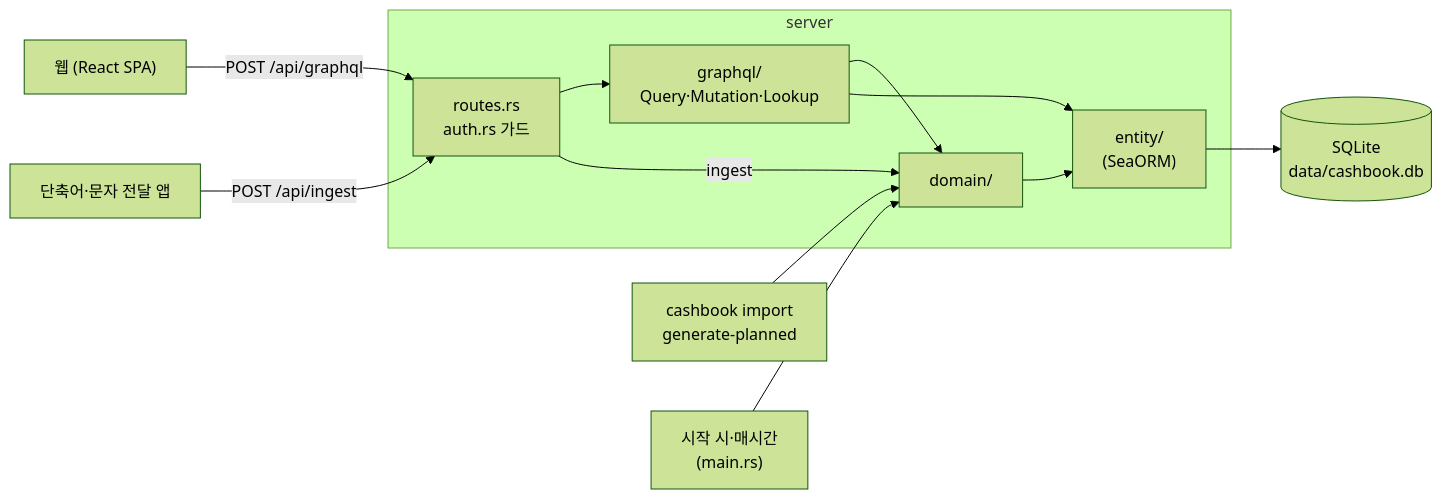
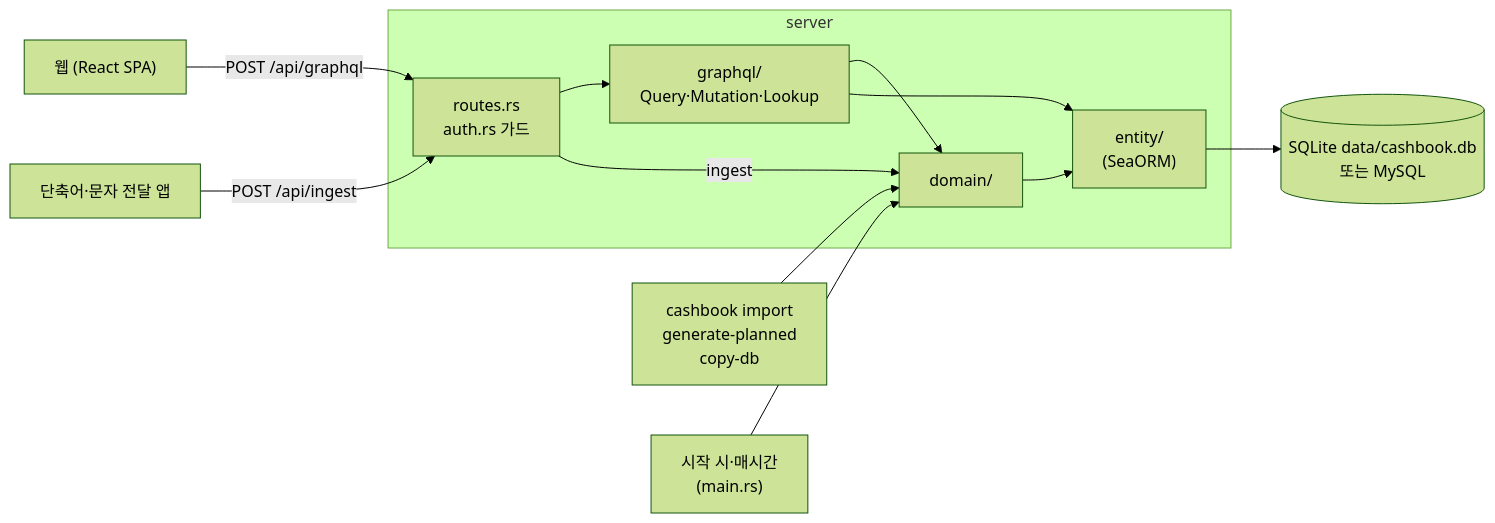
One commit to rouddy/cashbook changed the first of 2 diagrams in server/README.md. Above: the diagram before and after it, drawn with Mermaid (forest theme). The commit also changed other lines of this file and 11 other files, not shown here.

First line of the commit message:
MySQL 지원과 DB 복사 명령(copy-db) 추가

````diff
--- a/server/README.md
+++ b/server/README.md
@@ -58,16 +59,16 @@
 ```mermaid
 flowchart LR
     Web["웹 (React SPA)"] -->|"POST /api/graphql"| Routes
     Auto["단축어·문자 전달 앱"] -->|"POST /api/ingest"| Routes
-    CLI["cashbook import<br/>generate-planned"] --> Domain
+    CLI["cashbook import<br/>generate-planned<br/>copy-db"] --> Domain
     Timer["시작 시·매시간<br/>(main.rs)"] --> Domain
 
     subgraph server
         Routes["routes.rs<br/>auth.rs 가드"] --> GraphQL["graphql/<br/>Query·Mutation·Lookup"]
         Routes -->|ingest| Domain
         GraphQL --> Domain["domain/"]
         GraphQL --> Entity
         Domain --> Entity["entity/<br/>(SeaORM)"]
     end
-    Entity --> DB[("SQLite<br/>data/cashbook.db")]
+    Entity --> DB[("SQLite data/cashbook.db<br/>또는 MySQL")]
 ```
````
